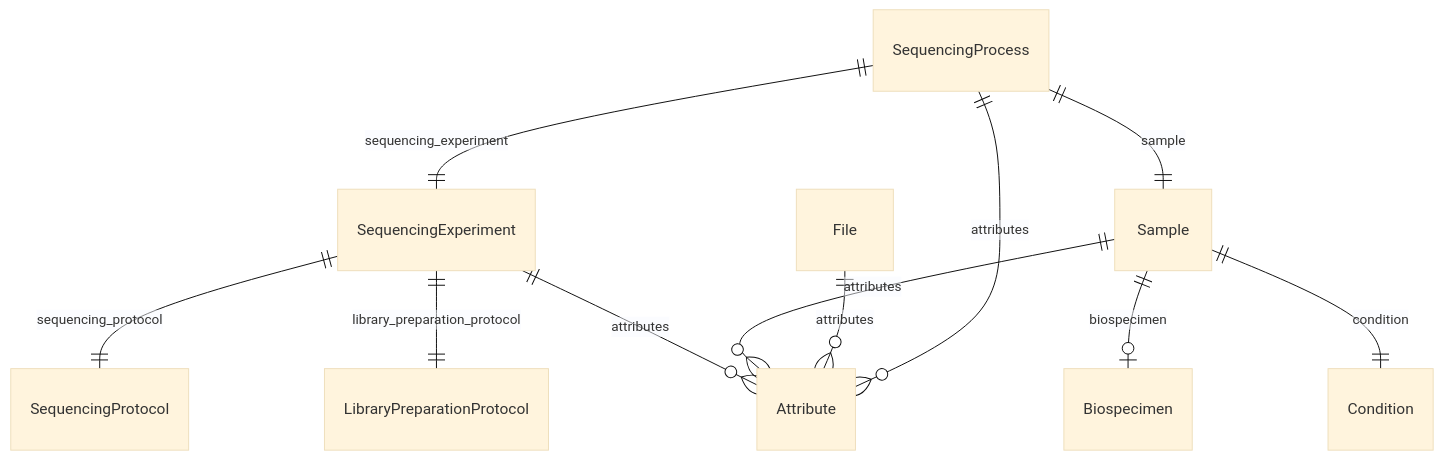
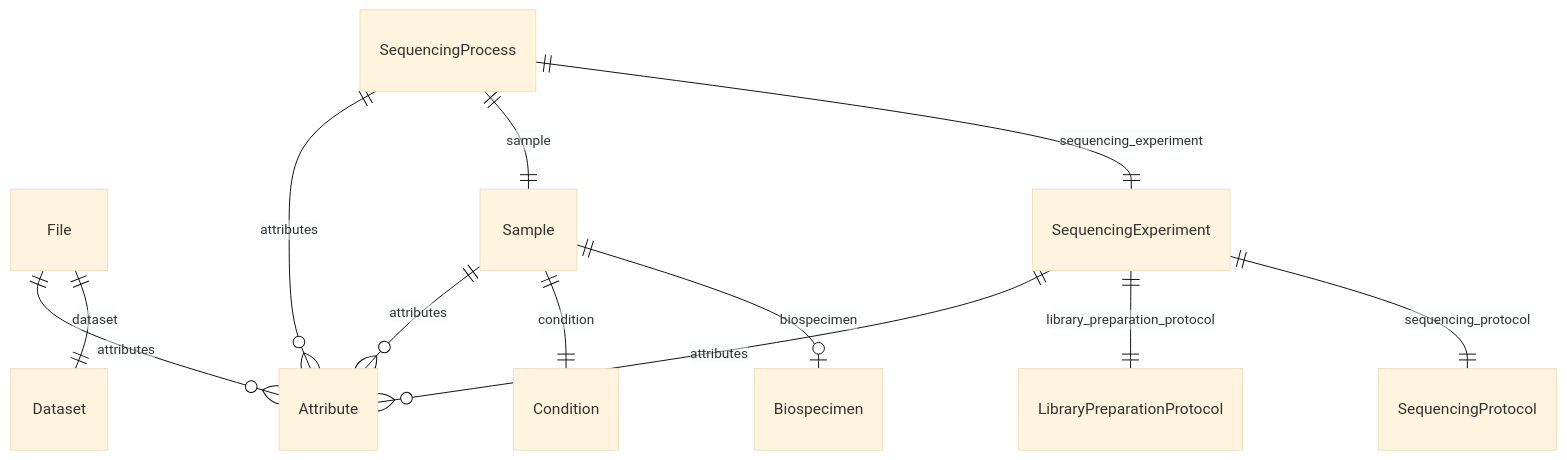
One commit to ghga-de/ghga-metadata-schema changed the third of 7 diagrams in docs/entity_relations.md. Above: the diagram before and after it, drawn with Mermaid (base theme). The commit also changed other lines of this file and 13 other files, not shown here.

````diff
--- a/docs/entity_relations.md
+++ b/docs/entity_relations.md
@@ -204,27 +208,28 @@
 ```mermaid
 erDiagram
 SequencingProcess {
 
 }
 File {
 
 }
 Sample {
 
 }
 SequencingExperiment {
 
 }
 
 SequencingProcess ||--|| SequencingExperiment : "sequencing_experiment"
 SequencingProcess ||--|| Sample : "sample"
 SequencingProcess ||--}o Attribute : "attributes"
+File ||--|| Dataset : "dataset"
 File ||--}o Attribute : "attributes"
 Sample ||--|o Biospecimen : "biospecimen"
 Sample ||--|| Condition : "condition"
 Sample ||--}o Attribute : "attributes"
 SequencingExperiment ||--|| SequencingProtocol : "sequencing_protocol"
 SequencingExperiment ||--|| LibraryPreparationProtocol : "library_preparation_protocol"
 SequencingExperiment ||--}o Attribute : "attributes"
 
 ```
````
